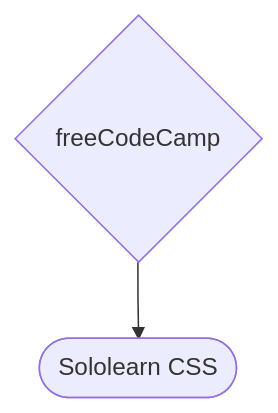
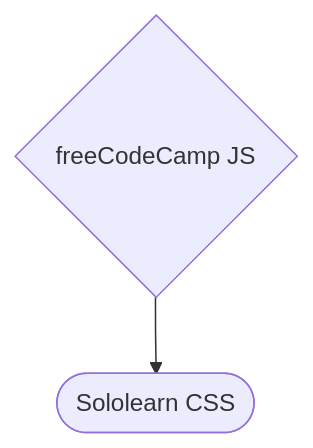
Before and after one commit to bazankamil/PersonalRoadmap: the seventh of 8 diagrams in README.md, drawn with Mermaid. The commit also changed other lines of this file, not shown here.

````diff
--- a/README.md
+++ b/README.md
@@ -141,4 +141,4 @@
 ```mermaid
 flowchart
-A{freeCodeCamp}-->B([Sololearn CSS])
+A{freeCodeCamp JS}-->B([Sololearn CSS])
 ```
````
